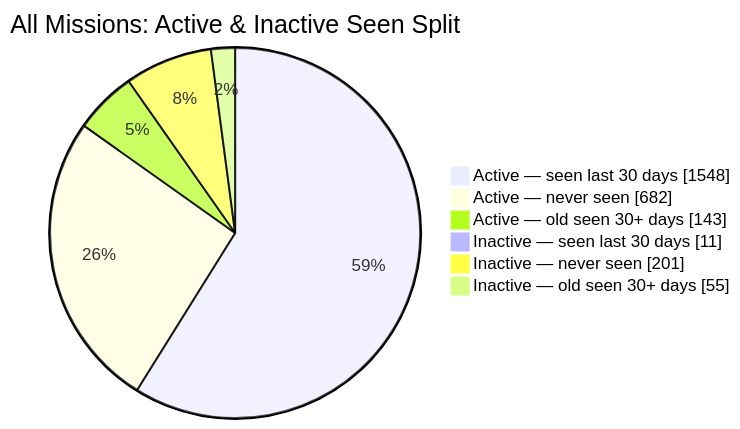
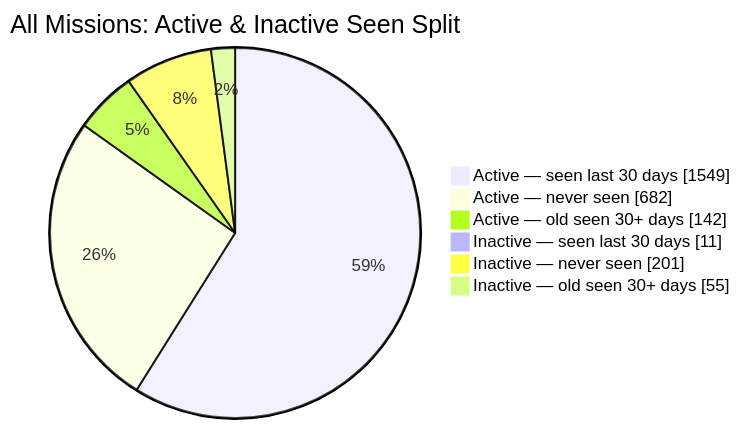
The second of 2 diagrams in README.md (MeldkamerspelGameTeam/active-missions), drawn with Mermaid before and after one commit. The commit also changed other lines of this file and 3 other files, not shown here.

````diff
--- a/README.md
+++ b/README.md
@@ -44,10 +44,10 @@
 ```mermaid
 pie showData
     title All Missions: Active & Inactive Seen Split
-    "Active — seen last 30 days" : 1548
+    "Active — seen last 30 days" : 1549
     "Active — never seen" : 682
-    "Active — old seen 30+ days" : 143
+    "Active — old seen 30+ days" : 142
     "Inactive — seen last 30 days" : 11
     "Inactive — never seen" : 201
     "Inactive — old seen 30+ days" : 55
 ```
````
